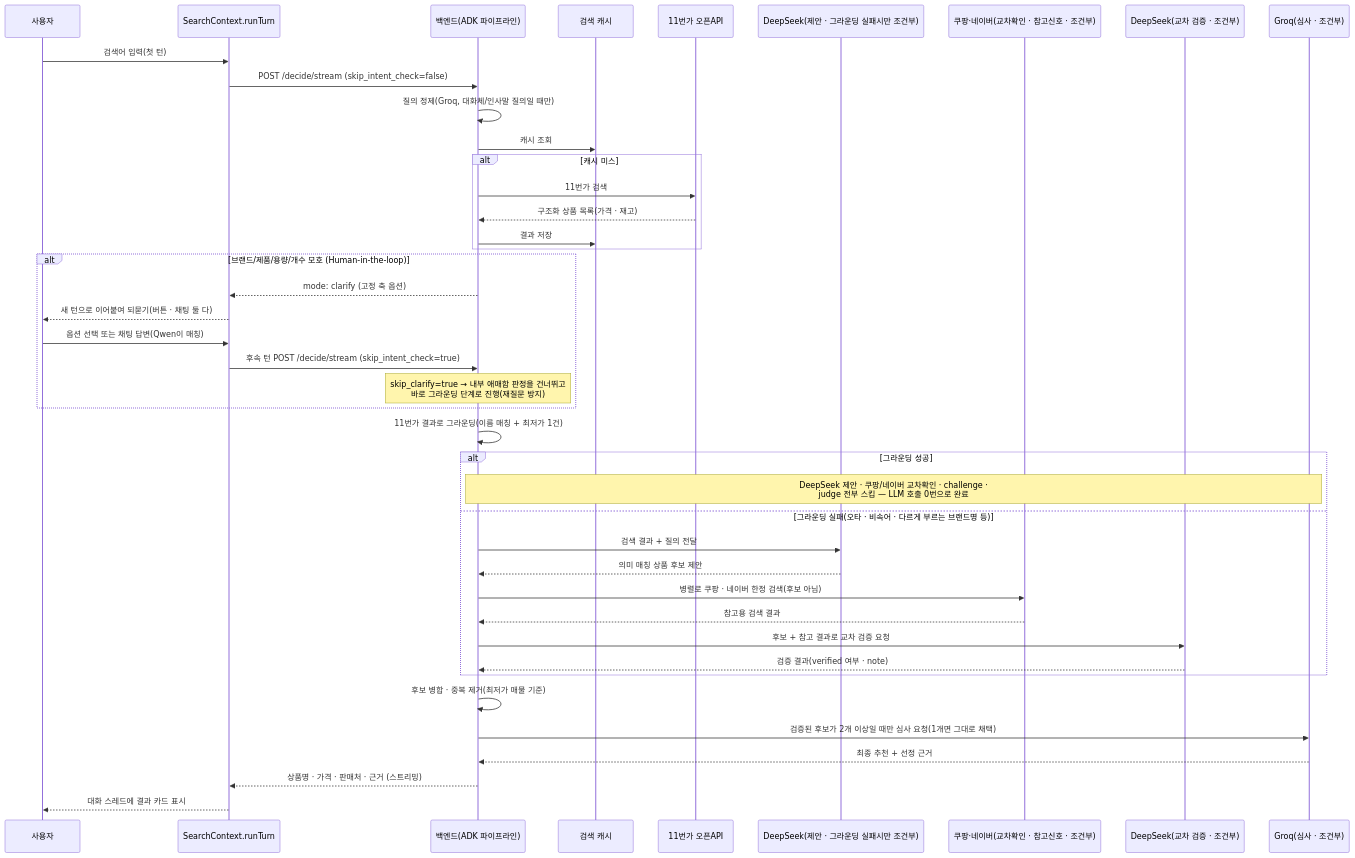
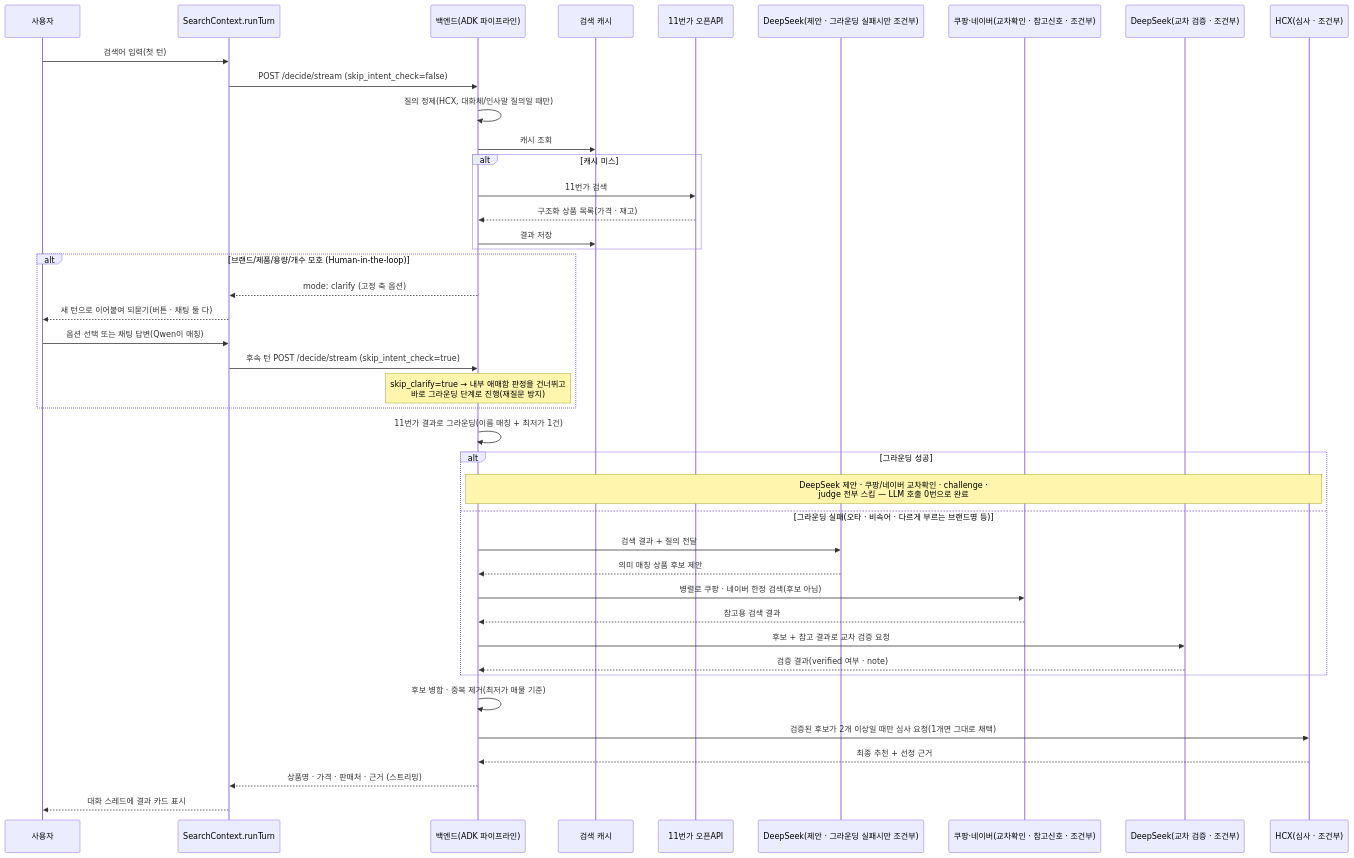
One commit to Alpha-pick00/Prototype-1- changed the second of 3 diagrams in README.md. Above: the diagram before and after it, drawn with Mermaid. The commit also changed other lines of this file and 5 other files, not shown here.

````diff
--- a/README.md
+++ b/README.md
@@ -252,45 +259,45 @@
 ```mermaid
 sequenceDiagram
     participant U as 사용자
     participant CTX as SearchContext.runTurn
     participant B as 백엔드(ADK 파이프라인)
     participant Cache as 검색 캐시
     participant E as 11번가 오픈API
     participant P as DeepSeek(제안 · 그라운딩 실패시만 조건부)
     participant CP as 쿠팡·네이버(교차확인 · 참고신호 · 조건부)
     participant D as DeepSeek(교차 검증 · 조건부)
-    participant J as Groq(심사 · 조건부)
+    participant J as HCX(심사 · 조건부)
 
     U->>CTX: 검색어 입력(첫 턴)
     CTX->>B: POST /decide/stream (skip_intent_check=false)
-    B->>B: 질의 정제(Groq, 대화체/인사말 질의일 때만)
+    B->>B: 질의 정제(HCX, 대화체/인사말 질의일 때만)
     B->>Cache: 캐시 조회
     alt 캐시 미스
         B->>E: 11번가 검색
         E-->>B: 구조화 상품 목록(가격 · 재고)
         B->>Cache: 결과 저장
     end
     alt 브랜드/제품/용량/개수 모호 (Human-in-the-loop)
         B-->>CTX: mode: clarify (고정 축 옵션)
         CTX-->>U: 새 턴으로 이어붙여 되묻기(버튼 · 채팅 둘 다)
         U->>CTX: 옵션 선택 또는 채팅 답변(Qwen이 매칭)
         CTX->>B: 후속 턴 POST /decide/stream (skip_intent_check=true)
         Note over B: skip_clarify=true → 내부 애매함 판정을 건너뛰고<br/>바로 그라운딩 단계로 진행(재질문 방지)
     end
     B->>B: 11번가 결과로 그라운딩(이름 매칭 + 최저가 1건)
     alt 그라운딩 성공
         Note over B,J: DeepSeek 제안 · 쿠팡/네이버 교차확인 · challenge ·<br/>judge 전부 스킵 — LLM 호출 0번으로 완료
     else 그라운딩 실패(오타 · 비속어 · 다르게 부르는 브랜드명 등)
         B->>P: 검색 결과 + 질의 전달
         P-->>B: 의미 매칭 상품 후보 제안
         B->>CP: 병렬로 쿠팡 · 네이버 한정 검색(후보 아님)
         CP-->>B: 참고용 검색 결과
         B->>D: 후보 + 참고 결과로 교차 검증 요청
         D-->>B: 검증 결과(verified 여부 · note)
     end
     B->>B: 후보 병합 · 중복 제거(최저가 매물 기준)
     B->>J: 검증된 후보가 2개 이상일 때만 심사 요청(1개면 그대로 채택)
     J-->>B: 최종 추천 + 선정 근거
     B-->>CTX: 상품명 · 가격 · 판매처 · 근거 (스트리밍)
     CTX-->>U: 대화 스레드에 결과 카드 표시
 ```
````
